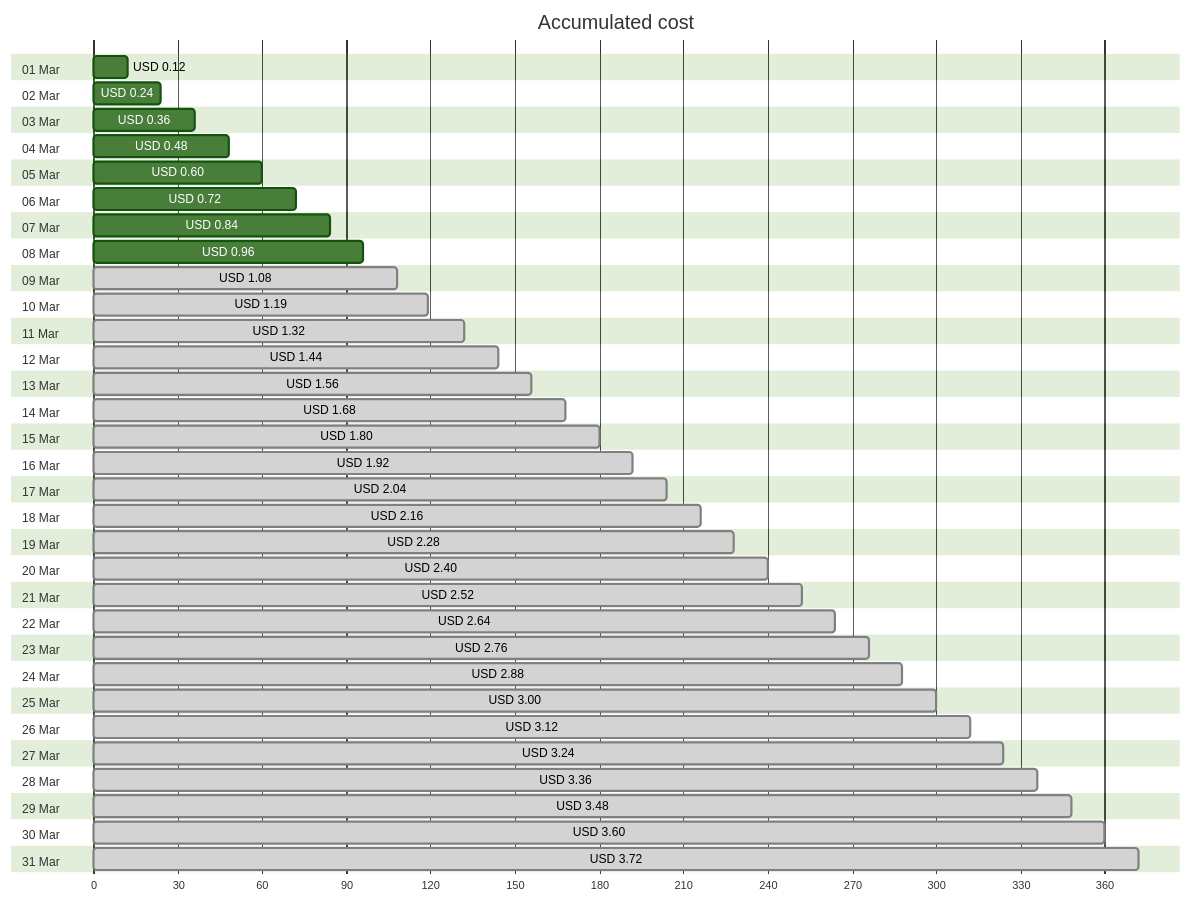
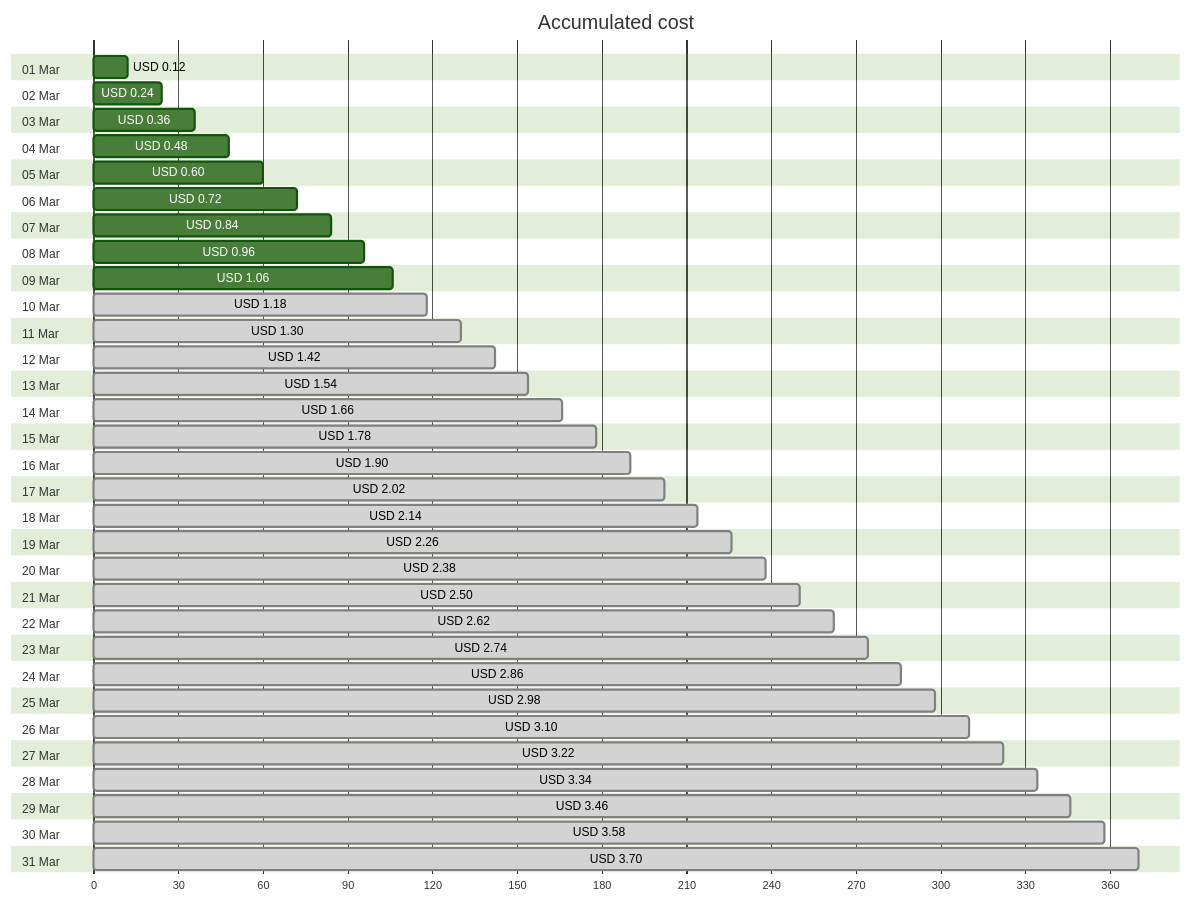
One commit to jpfulton/azure-personal-reports changed the first of 4 diagrams in cost-reports/personal-network/vpn-server-public-ip.md. Above: the diagram before and after it, drawn with Mermaid (forest theme). The commit also changed other lines of this file and 8 other files, not shown here.

````diff
--- a/cost-reports/personal-network/vpn-server-public-ip.md
+++ b/cost-reports/personal-network/vpn-server-public-ip.md
@@ -20,68 +20,68 @@
 ```mermaid
 gantt
    title Accumulated cost
    dateFormat  X
    axisFormat %s
    section 01 Mar
    USD 0.12 :0, 12
    section 02 Mar
    USD 0.24 :0, 24
    section 03 Mar
    USD 0.36 :0, 36
    section 04 Mar
    USD 0.48 :0, 48
    section 05 Mar
    USD 0.60 :0, 60
    section 06 Mar
    USD 0.72 :0, 72
    section 07 Mar
    USD 0.84 :0, 84
    section 08 Mar
    USD 0.96 :0, 96
    section 09 Mar
-   USD 1.08 : done, 0, 108
+   USD 1.06 :0, 106
    section 10 Mar
-   USD 1.19 : done, 0, 119
+   USD 1.18 : done, 0, 118
    section 11 Mar
-   USD 1.32 : done, 0, 132
+   USD 1.30 : done, 0, 130
    section 12 Mar
-   USD 1.44 : done, 0, 144
+   USD 1.42 : done, 0, 142
    section 13 Mar
-   USD 1.56 : done, 0, 156
+   USD 1.54 : done, 0, 154
    section 14 Mar
-   USD 1.68 : done, 0, 168
+   USD 1.66 : done, 0, 166
    section 15 Mar
-   USD 1.80 : done, 0, 180
+   USD 1.78 : done, 0, 178
    section 16 Mar
-   USD 1.92 : done, 0, 192
+   USD 1.90 : done, 0, 190
    section 17 Mar
-   USD 2.04 : done, 0, 204
+   USD 2.02 : done, 0, 202
    section 18 Mar
-   USD 2.16 : done, 0, 216
+   USD 2.14 : done, 0, 214
    section 19 Mar
-   USD 2.28 : done, 0, 228
+   USD 2.26 : done, 0, 226
    section 20 Mar
-   USD 2.40 : done, 0, 240
+   USD 2.38 : done, 0, 238
    section 21 Mar
-   USD 2.52 : done, 0, 252
+   USD 2.50 : done, 0, 250
    section 22 Mar
-   USD 2.64 : done, 0, 264
+   USD 2.62 : done, 0, 262
    section 23 Mar
-   USD 2.76 : done, 0, 276
+   USD 2.74 : done, 0, 274
    section 24 Mar
-   USD 2.88 : done, 0, 288
+   USD 2.86 : done, 0, 286
    section 25 Mar
-   USD 3.00 : done, 0, 300
+   USD 2.98 : done, 0, 298
    section 26 Mar
-   USD 3.12 : done, 0, 312
+   USD 3.10 : done, 0, 310
    section 27 Mar
-   USD 3.24 : done, 0, 324
+   USD 3.22 : done, 0, 322
    section 28 Mar
-   USD 3.36 : done, 0, 336
+   USD 3.34 : done, 0, 334
    section 29 Mar
-   USD 3.48 : done, 0, 348
+   USD 3.46 : done, 0, 346
    section 30 Mar
-   USD 3.60 : done, 0, 360
+   USD 3.58 : done, 0, 358
    section 31 Mar
-   USD 3.72 : done, 0, 372
+   USD 3.70 : done, 0, 370
 ```
````
